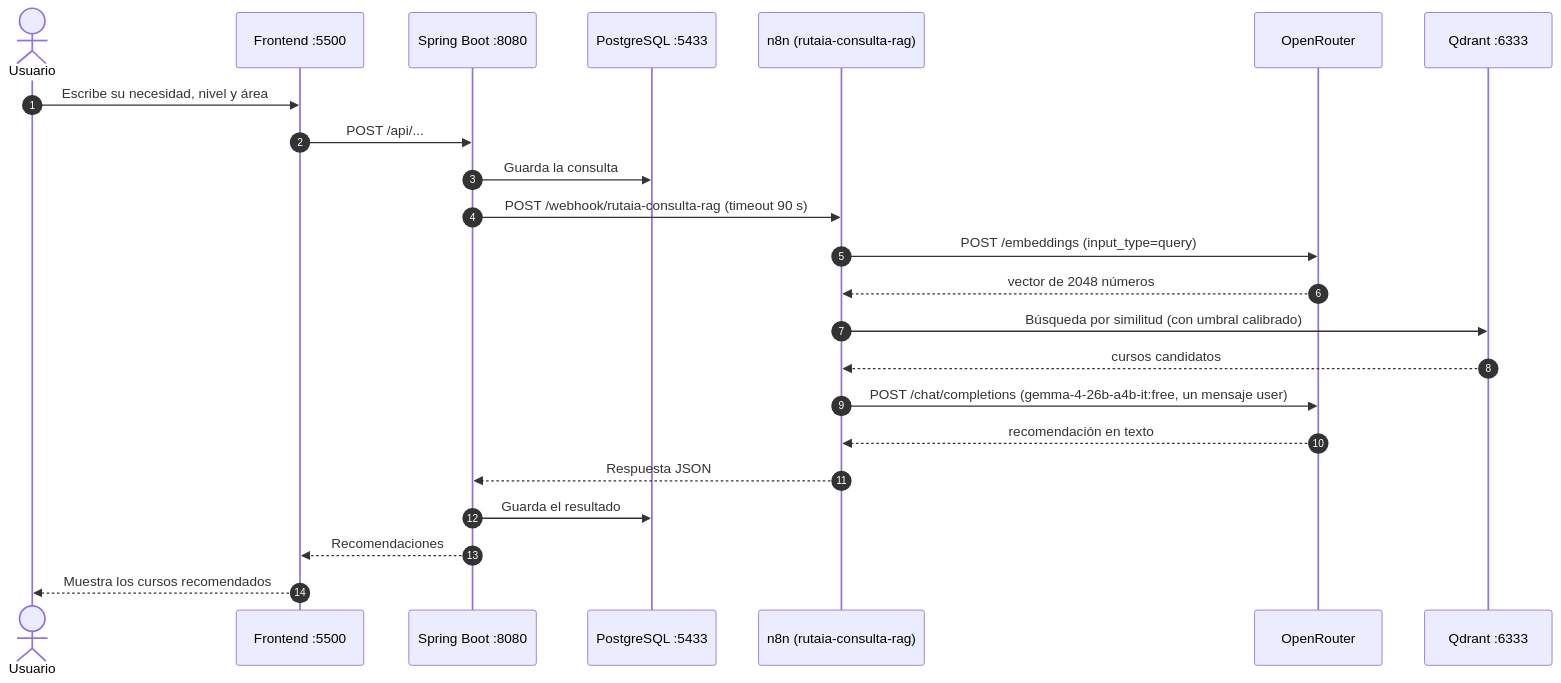
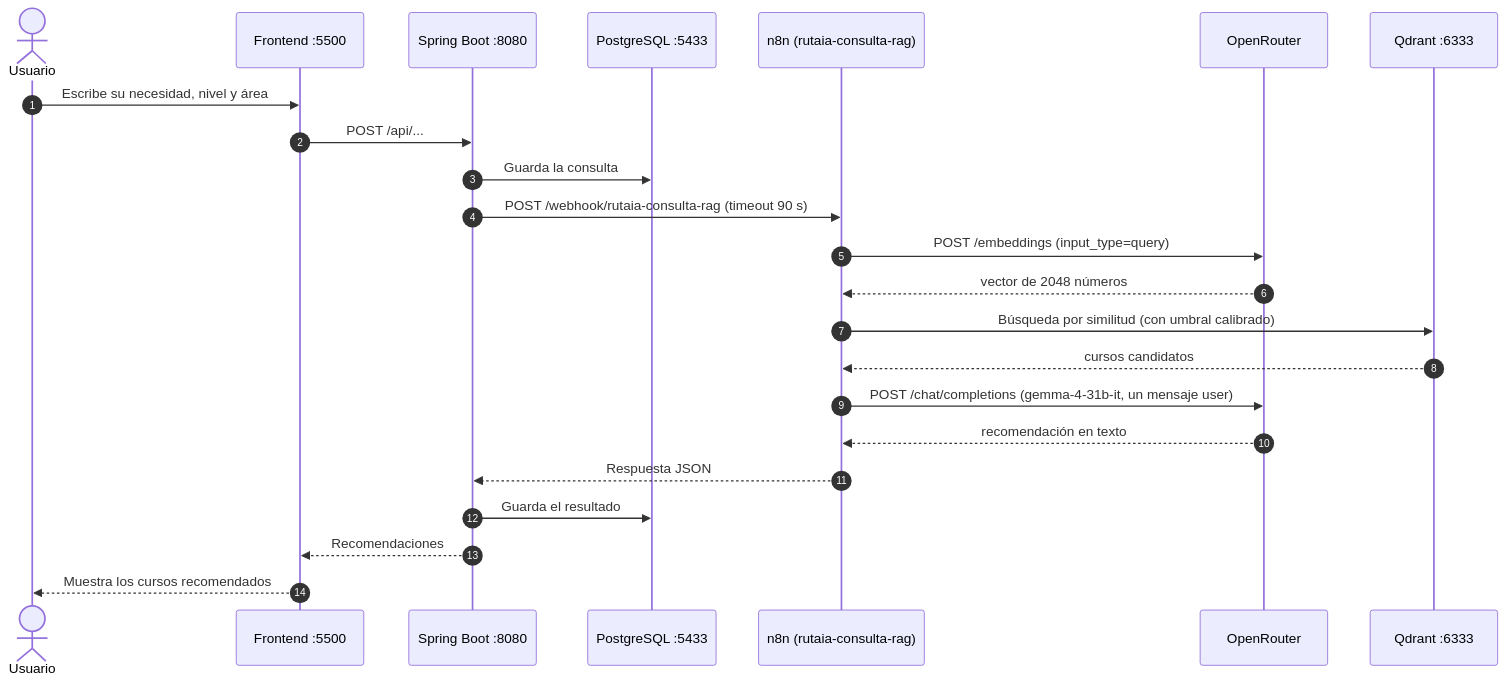
One commit to JeshuaPerez/RutIA changed the second of 3 diagrams in docs/arquitectura.md. Above: the diagram before and after it, drawn with Mermaid. The commit also changed other lines of this file and 17 other files, not shown here.

````diff
--- a/docs/arquitectura.md
+++ b/docs/arquitectura.md
@@ -42,26 +42,26 @@
 ```mermaid
 sequenceDiagram
     autonumber
     actor U as Usuario
     participant FE as Frontend :5500
     participant API as Spring Boot :8080
     participant PG as PostgreSQL :5433
     participant N as n8n (rutaia-consulta-rag)
     participant OR as OpenRouter
     participant Q as Qdrant :6333
 
     U->>FE: Escribe su necesidad, nivel y área
     FE->>API: POST /api/...
     API->>PG: Guarda la consulta
     API->>N: POST /webhook/rutaia-consulta-rag (timeout 90 s)
     N->>OR: POST /embeddings (input_type=query)
     OR-->>N: vector de 2048 números
     N->>Q: Búsqueda por similitud (con umbral calibrado)
     Q-->>N: cursos candidatos
-    N->>OR: POST /chat/completions (gemma-4-26b-a4b-it:free, un mensaje user)
+    N->>OR: POST /chat/completions (gemma-4-31b-it, un mensaje user)
     OR-->>N: recomendación en texto
     N-->>API: Respuesta JSON
     API->>PG: Guarda el resultado
     API-->>FE: Recomendaciones
     FE-->>U: Muestra los cursos recomendados
 ```
````
